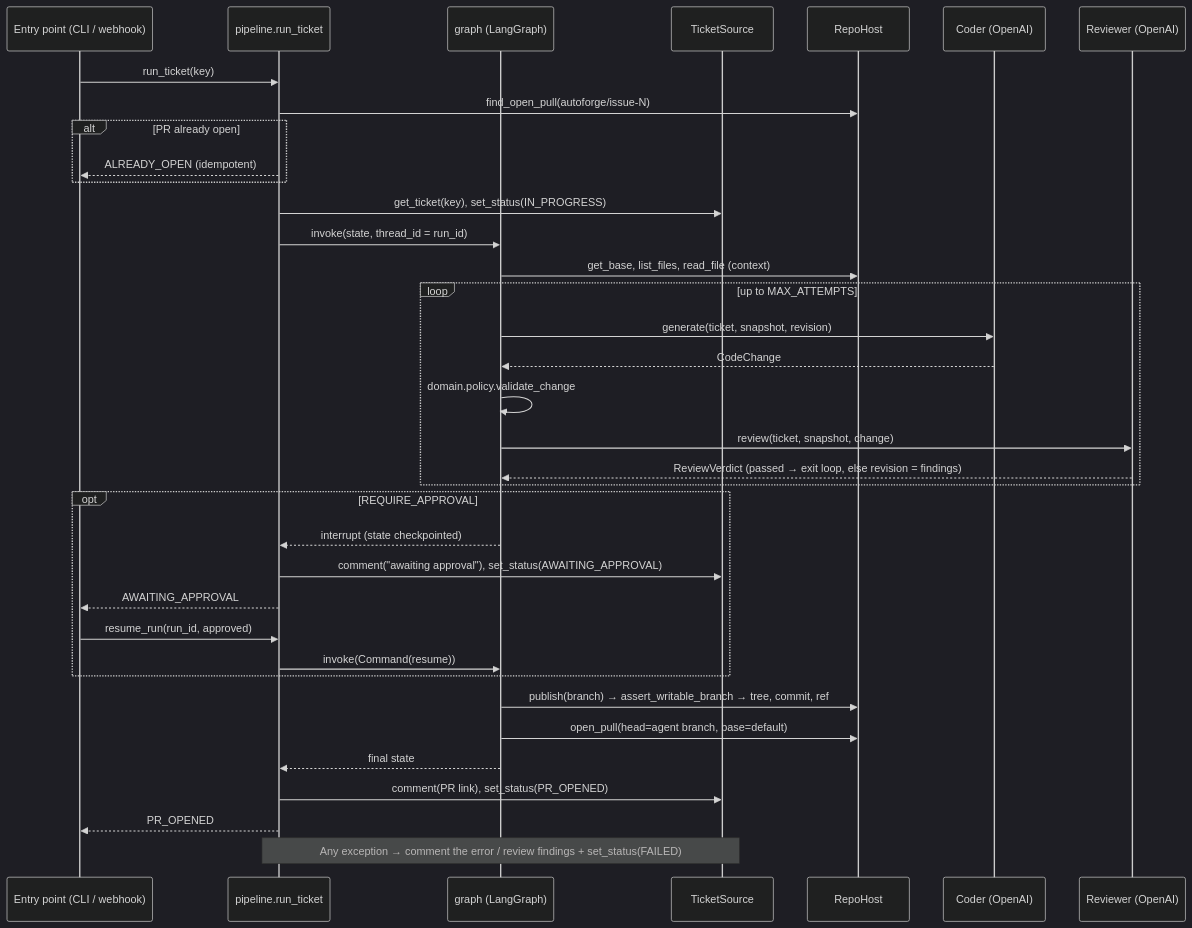
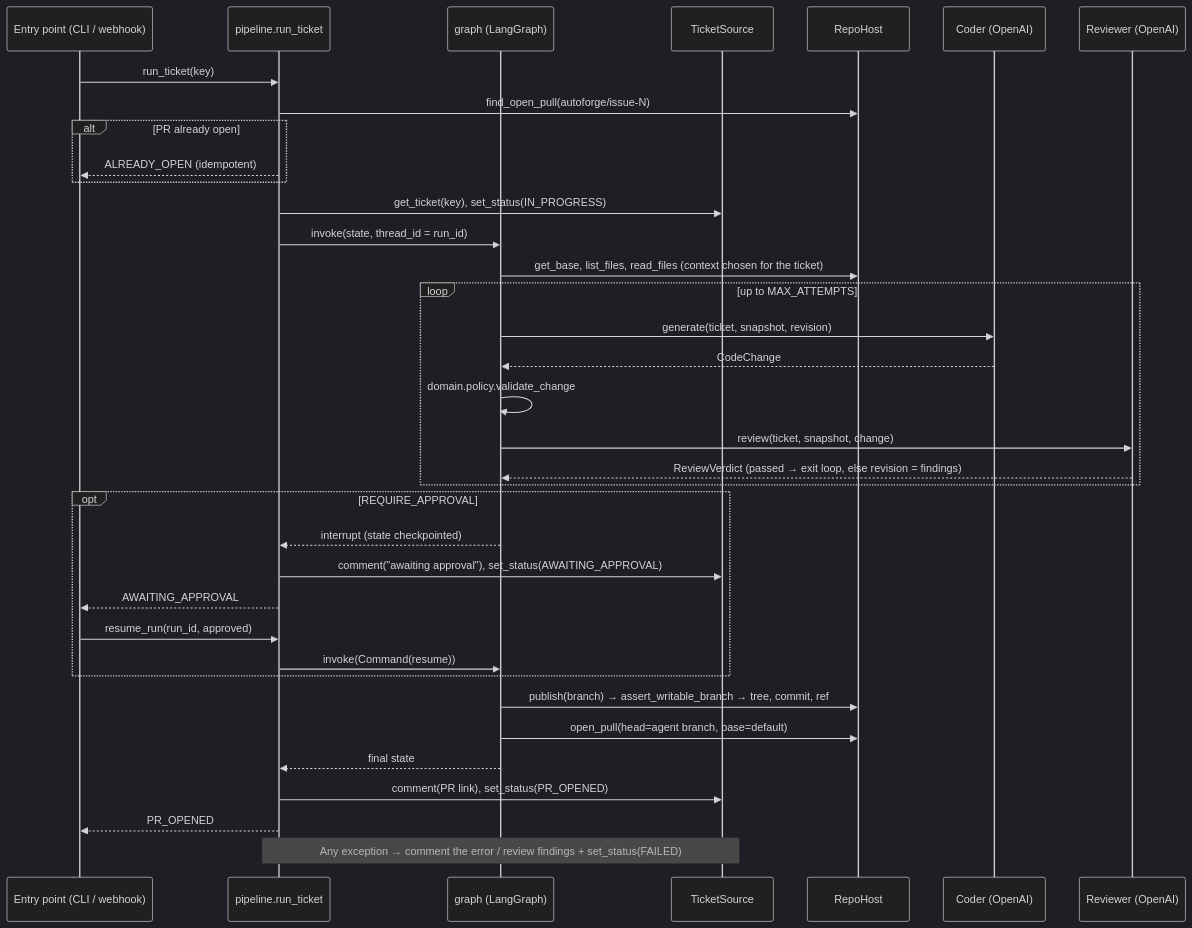
Before and after one commit to SumanthKumar1210/autonomous_coding_agent: the fourth of 4 diagrams in ARCHITECTURE.md, drawn with Mermaid (dark theme). The commit also changed other lines of this file and 23 other files, not shown here.

First line of the commit message:
Add ticket-driven repo context and C support (Phase 1, increment 4a)

````diff
--- a/ARCHITECTURE.md
+++ b/ARCHITECTURE.md
@@ -232,39 +233,39 @@
 ```mermaid
 sequenceDiagram
     participant E as Entry point (CLI / webhook)
     participant W as pipeline.run_ticket
     participant G as graph (LangGraph)
     participant T as TicketSource
     participant R as RepoHost
     participant C as Coder (OpenAI)
     participant V as Reviewer (OpenAI)
 
     E->>W: run_ticket(key)
     W->>R: find_open_pull(autoforge/issue-N)
     alt PR already open
         W-->>E: ALREADY_OPEN (idempotent)
     end
     W->>T: get_ticket(key), set_status(IN_PROGRESS)
     W->>G: invoke(state, thread_id = run_id)
-    G->>R: get_base, list_files, read_file (context)
+    G->>R: get_base, list_files, read_files (context chosen for the ticket)
     loop up to MAX_ATTEMPTS
         G->>C: generate(ticket, snapshot, revision)
         C-->>G: CodeChange
         G->>G: domain.policy.validate_change
         G->>V: review(ticket, snapshot, change)
         V-->>G: ReviewVerdict (passed → exit loop, else revision = findings)
     end
     opt REQUIRE_APPROVAL
         G-->>W: interrupt (state checkpointed)
         W->>T: comment("awaiting approval"), set_status(AWAITING_APPROVAL)
         W-->>E: AWAITING_APPROVAL
         E->>W: resume_run(run_id, approved)
         W->>G: invoke(Command(resume))
     end
     G->>R: publish(branch) → assert_writable_branch → tree, commit, ref
     G->>R: open_pull(head=agent branch, base=default)
     G-->>W: final state
     W->>T: comment(PR link), set_status(PR_OPENED)
     W-->>E: PR_OPENED
     Note over W,T: Any exception → comment the error / review findings + set_status(FAILED)
 ```
````
